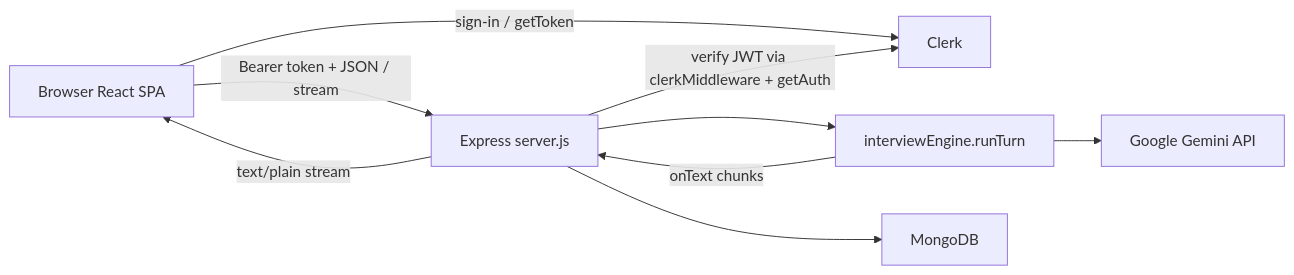
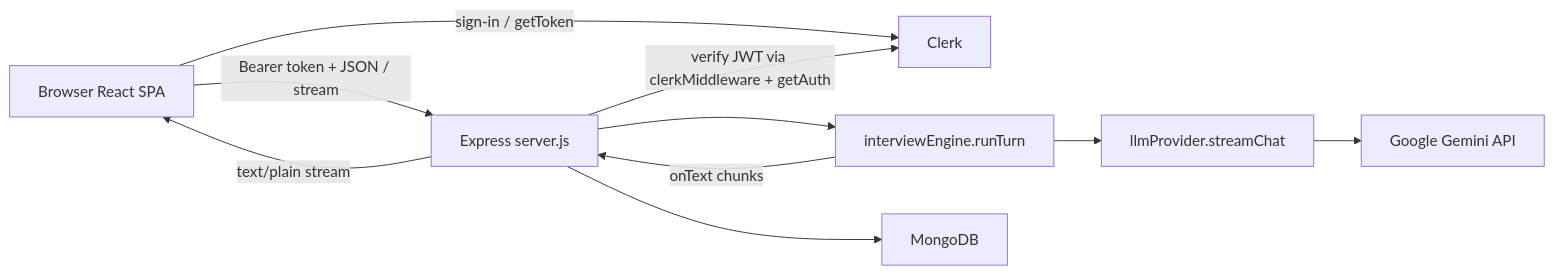
Before and after one commit to adwet1908/AI-system-design-interviewer: the first of 3 diagrams in FLOW.md, drawn with Mermaid. The commit also changed other lines of this file and 6 other files, not shown here.

Commit message:
Isolate Gemini in llmProvider and default to gemini-flash-latest.

````diff
--- a/FLOW.md
+++ b/FLOW.md
@@ -44,18 +45,20 @@
 ```mermaid
 flowchart LR
   Browser["Browser React SPA"]
   Clerk["Clerk"]
   Express["Express server.js"]
   Engine["interviewEngine.runTurn"]
+  LLM["llmProvider.streamChat"]
   Mongo["MongoDB"]
   Gemini["Google Gemini API"]
 
   Browser -->|"Bearer token + JSON / stream"| Express
   Browser -->|"sign-in / getToken"| Clerk
   Express -->|"verify JWT via clerkMiddleware + getAuth"| Clerk
   Express --> Engine
   Express --> Mongo
-  Engine --> Gemini
+  Engine --> LLM
+  LLM --> Gemini
   Engine -->|"onText chunks"| Express
   Express -->|"text/plain stream"| Browser
 ```
````
